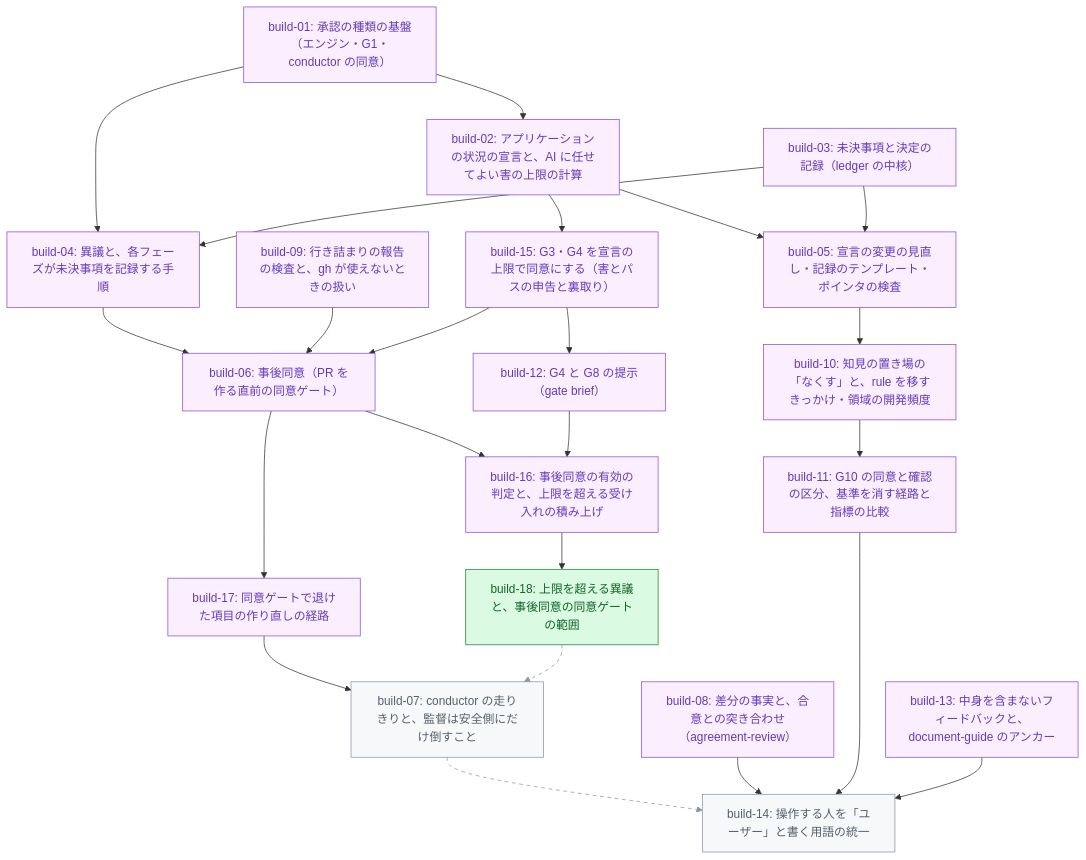
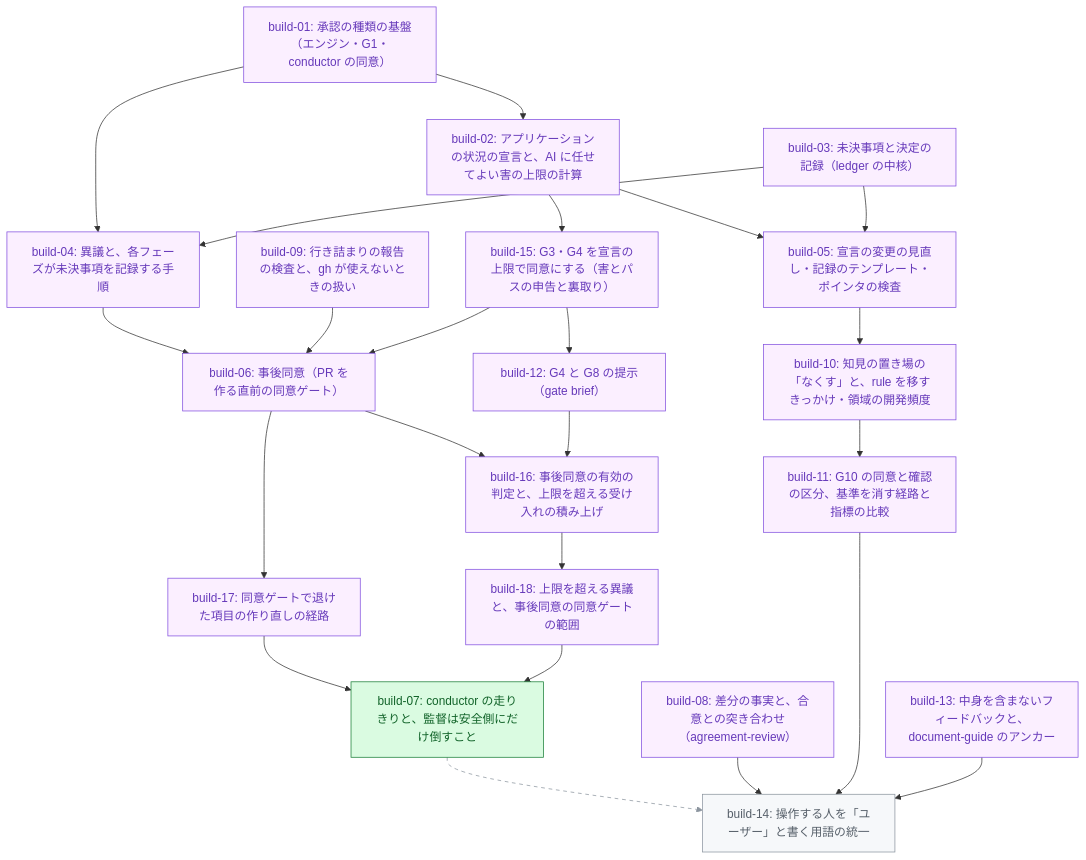
Before and after one commit to tak-solder/hikyaku: the diagram in .hikyaku/cycles/001-v3-core-concepts/tasklist.md, drawn with Mermaid. The commit also changed other lines of this file and 1 other file, not shown here.

Commit message:
build-18: tasklist の PR 列を更新する（#125）
Claude-Session: https://claude.ai/code/session_01RJieNbZxJTuNKqjvWpTagW

````diff
--- a/.hikyaku/cycles/001-v3-core-concepts/tasklist.md
+++ b/.hikyaku/cycles/001-v3-core-concepts/tasklist.md
@@ -33,50 +33,50 @@
 ```mermaid
 graph TD
   b01["build-01: 承認の種類の基盤（エンジン・G1・conductor の同意）"]
   b02["build-02: アプリケーションの状況の宣言と、AI に任せてよい害の上限の計算"]
   b03["build-03: 未決事項と決定の記録（ledger の中核）"]
   b04["build-04: 異議と、各フェーズが未決事項を記録する手順"]
   b05["build-05: 宣言の変更の見直し・記録のテンプレート・ポインタの検査"]
   b06["build-06: 事後同意（PR を作る直前の同意ゲート）"]
   b07["build-07: conductor の走りきりと、監督は安全側にだけ倒すこと"]
   b08["build-08: 差分の事実と、合意との突き合わせ（agreement-review）"]
   b09["build-09: 行き詰まりの報告の検査と、gh が使えないときの扱い"]
   b10["build-10: 知見の置き場の「なくす」と、rule を移すきっかけ・領域の開発頻度"]
   b11["build-11: G10 の同意と確認の区分、基準を消す経路と指標の比較"]
   b12["build-12: G4 と G8 の提示（gate brief）"]
   b13["build-13: 中身を含まないフィードバックと、document-guide のアンカー"]
   b14["build-14: 操作する人を「ユーザー」と書く用語の統一"]
   b15["build-15: G3・G4 を宣言の上限で同意にする（害とパスの申告と裏取り）"]
   b16["build-16: 事後同意の有効の判定と、上限を超える受け入れの積み上げ"]
   b17["build-17: 同意ゲートで退けた項目の作り直しの経路"]
   b18["build-18: 上限を超える異議と、事後同意の同意ゲートの範囲"]
   b01 --> b02
   b01 --> b04
   b03 --> b04
   b02 --> b05
   b03 --> b05
   b04 --> b06
   b09 --> b06
   b15 --> b06
   b17 --> b07
-  b18 -.-> b07
+  b18 --> b07
   b05 --> b10
   b10 --> b11
   b15 --> b12
   b07 -.-> b14
   b08 --> b14
   b11 --> b14
   b13 --> b14
   b02 --> b15
   b06 --> b16
   b12 --> b16
   b06 --> b17
   b16 --> b18
   classDef merged fill:#fbefff,stroke:#8250df,color:#6639ba
   classDef ready fill:#dafbe1,stroke:#1a7f37,color:#116329
   classDef blocked fill:#f6f8fa,stroke:#8c959f,color:#57606a
-  class b01,b02,b03,b04,b05,b06,b08,b09,b10,b11,b12,b13,b15,b16,b17 merged
-  class b18 ready
-  class b07,b14 blocked
-  linkStyle 9,13 stroke:#8c959f,stroke-dasharray:5 5
+  class b01,b02,b03,b04,b05,b06,b08,b09,b10,b11,b12,b13,b15,b16,b17,b18 merged
+  class b07 ready
+  class b14 blocked
+  linkStyle 13 stroke:#8c959f,stroke-dasharray:5 5
 ```
````
